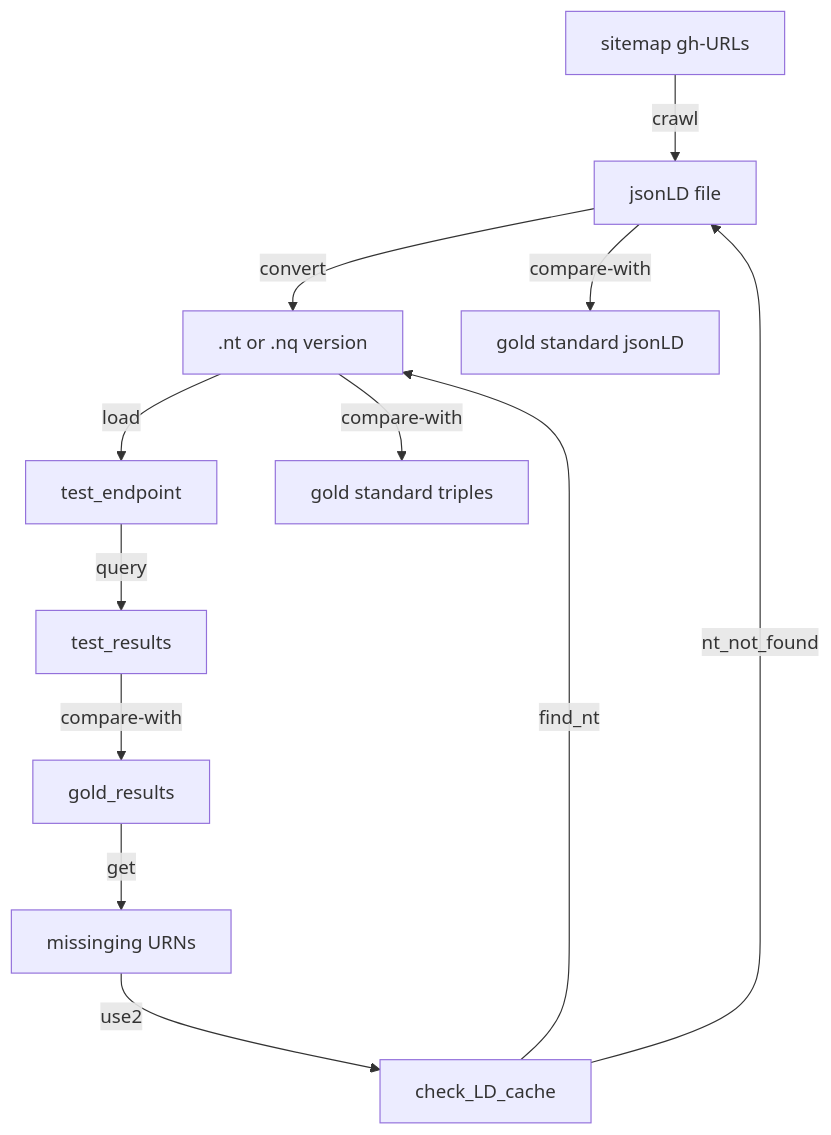
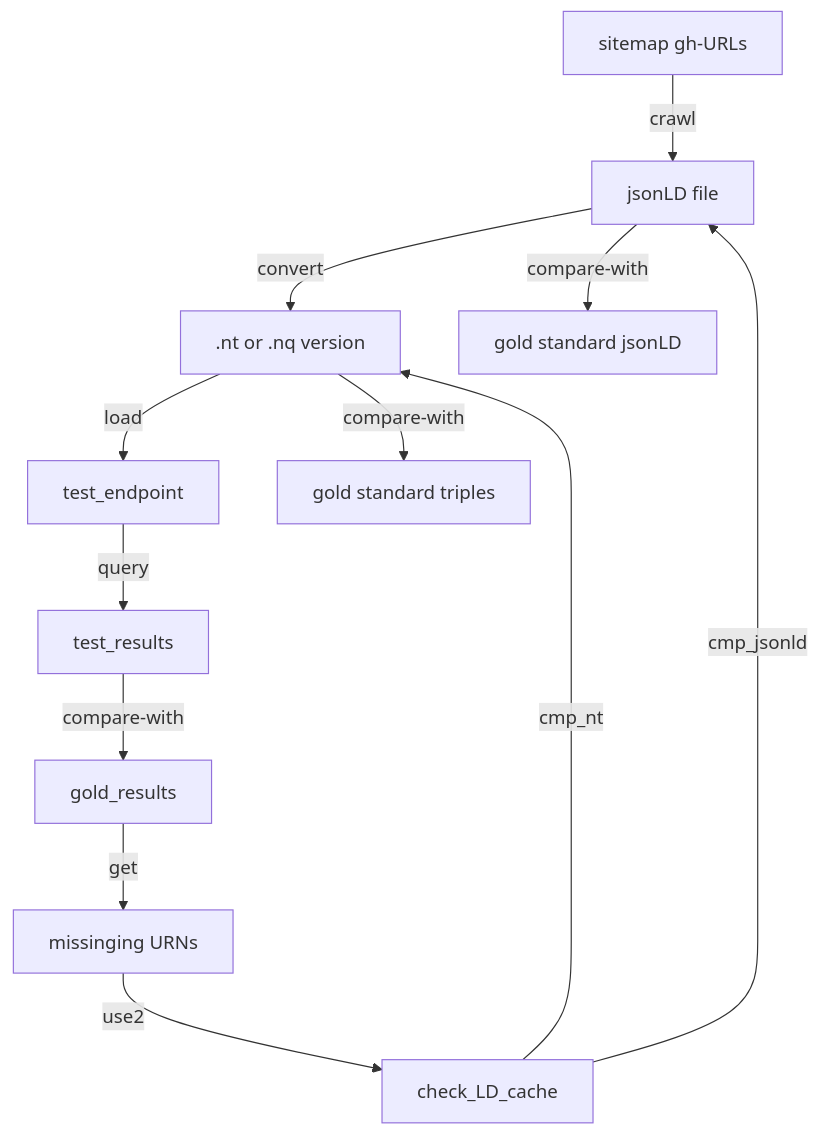
The diagram in test/readme.md (MBcode/ec), drawn with Mermaid before and after one commit.

Commit message:
Update readme.md
check_urn_ld_cache does both of them at once, vs checking nt then jsonld (looking backwards in wf for cause of not getting2the end)

````diff
--- a/test/readme.md
+++ b/test/readme.md
@@ -20,9 +20,9 @@
 ```mermaid
 flowchart TD
 U[sitemap gh-URLs] -- crawl --> J[jsonLD file] -- convert --> G[.nt or .nq version] -- load --> T[test_endpoint];
 T -- query --> TR[test_results];
-TR -- compare-with --> GR[gold_results] -- get --> M[missinging URNs] -- use2 --> C[check_LD_cache] -- find_nt --> G;
-C --  nt_not_found --> J;
+TR -- compare-with --> GR[gold_results] -- get --> M[missinging URNs] -- use2 --> C[check_LD_cache] -- cmp_nt --> G;
+C --  cmp_jsonld --> J;
 J -- compare-with --> JG[gold standard jsonLD];
 G -- compare-with --> GG[gold standard triples]
 ```
````
